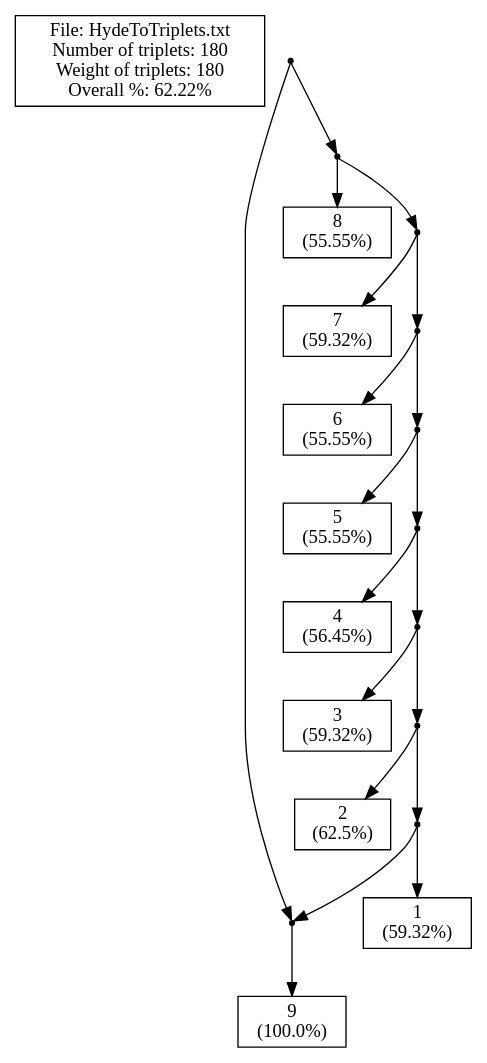
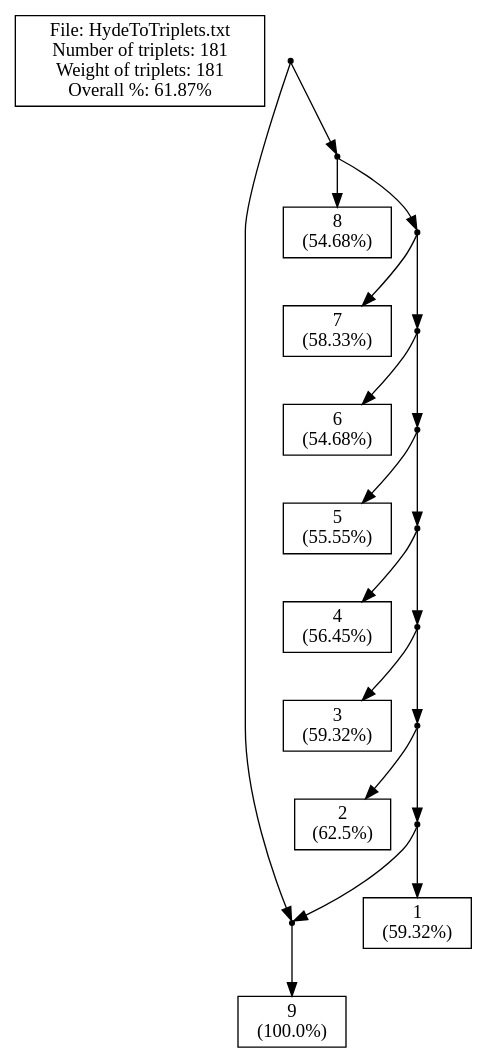
The diagram in New/Server/cExample1_m.dot (solislemuslab/phylo-knit), drawn with Graphviz before and after one commit. The commit also changed 15 other files, not shown here.

```diff
--- a/New/Server/cExample1_m.dot
+++ b/New/Server/cExample1_m.dot
@@ -1,66 +1,66 @@
 // LEV1ATHAN Version 1.0, 21 september 2009
 // COMMENT: Pre-processing the input file to count the leaves
 // COMMENT: Pre-processing showed that there are 9 leaves in the input.
 // SUMMARY: Input had 9 leaves.
 // USER-SETTING: Will *not* post-process output to collapse edges.
 // COMMENT: Triplet set is already dense.
-// SUMMARY: There are 180 triplets in the input.
-// SUMMARY: Total weight of input triplets is 180.
+// SUMMARY: There are 181 triplets in the input.
+// SUMMARY: Total weight of input triplets is 181.
 // SUMMARY: (Before post-processing)
-// SUMMARY: We got 112 units of triplet weight, that's 62.22% of total weight.
-// SUMMARY: In total 68 units of triplet weight were -not- consistent with the ouput network.
+// SUMMARY: We got 112 units of triplet weight, that's 61.87% of total weight.
+// SUMMARY: In total 69 units of triplet weight were -not- consistent with the ouput network.
 // SUMMARY: Output network contained 0 triplets -not- in the original input.
-// SUMMARY: The symmetric difference is thus 68 + (1 * 0) = 68
+// SUMMARY: The symmetric difference is thus 69 + (1 * 0) = 69
 // SUMMARY: (After post-processing)
 strict digraph G1 {
 edge [fontsize=8]
-labelbox [shape=box, width=0.4, label="File: HydeToTriplets.txt\nNumber of triplets: 180\nWeight of triplets: 180\nOverall %: 62.22%"];
+labelbox [shape=box, width=0.4, label="File: HydeToTriplets.txt\nNumber of triplets: 181\nWeight of triplets: 181\nOverall %: 61.87%"];
 internal1000 [shape=point];
 internal1001 [shape=point];
 9 [shape=box, width=0.3, label="9\n(100.0%)"];
 internal1003 [shape=point];
-8 [shape=box, width=0.3, label="8\n(55.55%)"];
+8 [shape=box, width=0.3, label="8\n(54.68%)"];
 internal1005 [shape=point];
-7 [shape=box, width=0.3, label="7\n(59.32%)"];
+7 [shape=box, width=0.3, label="7\n(58.33%)"];
 internal1007 [shape=point];
-6 [shape=box, width=0.3, label="6\n(55.55%)"];
+6 [shape=box, width=0.3, label="6\n(54.68%)"];
 internal1009 [shape=point];
 5 [shape=box, width=0.3, label="5\n(55.55%)"];
 internal1011 [shape=point];
 4 [shape=box, width=0.3, label="4\n(56.45%)"];
 internal1013 [shape=point];
 3 [shape=box, width=0.3, label="3\n(59.32%)"];
 internal1015 [shape=point];
 2 [shape=box, width=0.3, label="2\n(62.5%)"];
 internal1017 [shape=point];
 1 [shape=box, width=0.3, label="1\n(59.32%)"];
 internal1000 -> internal1001
 internal1000 -> internal1003
 internal1001 -> 9
 internal1003 -> 8
 internal1003 -> internal1005
 internal1005 -> 7
 internal1005 -> internal1007
 internal1007 -> 6
 internal1007 -> internal1009
 internal1009 -> 5
 internal1009 -> internal1011
 internal1011 -> 4
 internal1011 -> internal1013
 internal1013 -> 3
 internal1013 -> internal1015
 internal1015 -> 2
 internal1015 -> internal1017
 internal1017 -> 1
 internal1017 -> internal1001
 internal1001 -> 9
 }
 // SUMMARY: eNewick output: ((9)#H1,(8,(7,(6,(5,(4,(3,(2,(1,#H1)))))))));
-// SUMMARY: In total 68 units of triplet weight were -not- consistent with the ouput network.
+// SUMMARY: In total 69 units of triplet weight were -not- consistent with the ouput network.
 // SUMMARY: Output network contained 0 triplets -not- in the original input.
 // SUMMARY: Weight of missing triplets before contraction minus weight of missing triplets afterwards: 0
 // SUMMARY: Number of surplus triplets before contraction minus number of surplus triplets afterwards: 0
-// CONCLUSION: After post-processing we got 112 units of triplet weight, that's 62.22% of total weight (before post-processing this was 62.22%).
-// CONCLUSION: After post-processing the symmetric difference is thus 68 + (1 * 0) = 68 (before post-processing this was 68)
-// STAT: PERCENTAGE = 62.22
-// STAT: NETWORK-TRIPLET SD = 68
+// CONCLUSION: After post-processing we got 112 units of triplet weight, that's 61.87% of total weight (before post-processing this was 61.87%).
+// CONCLUSION: After post-processing the symmetric difference is thus 69 + (1 * 0) = 69 (before post-processing this was 69)
+// STAT: PERCENTAGE = 61.87
+// STAT: NETWORK-TRIPLET SD = 69
```
